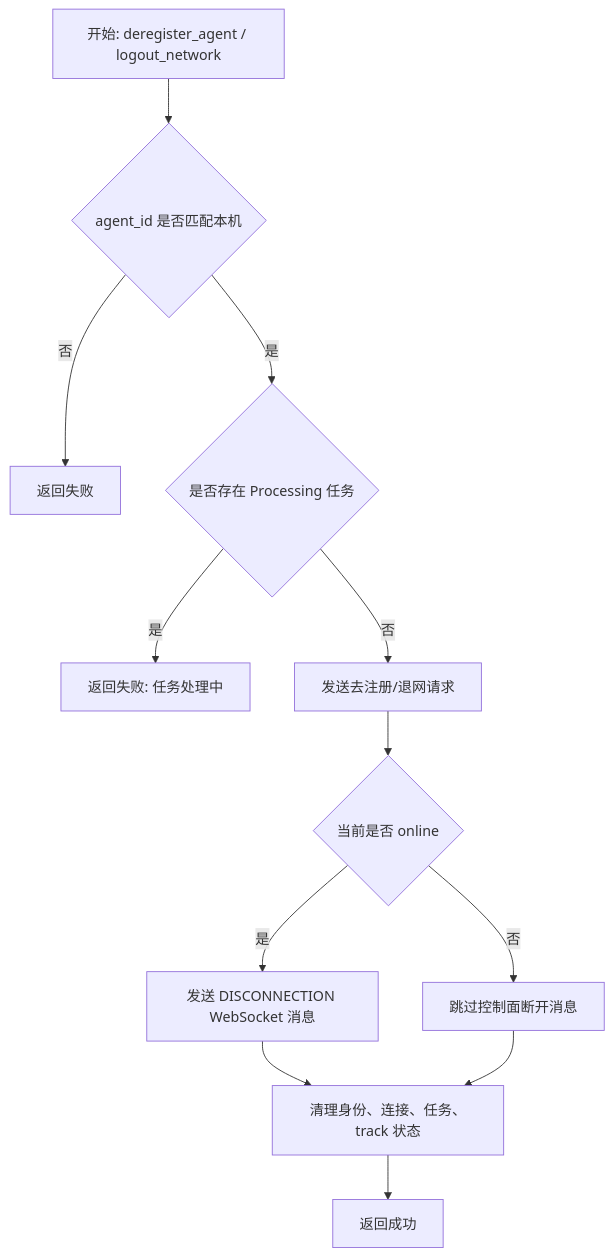
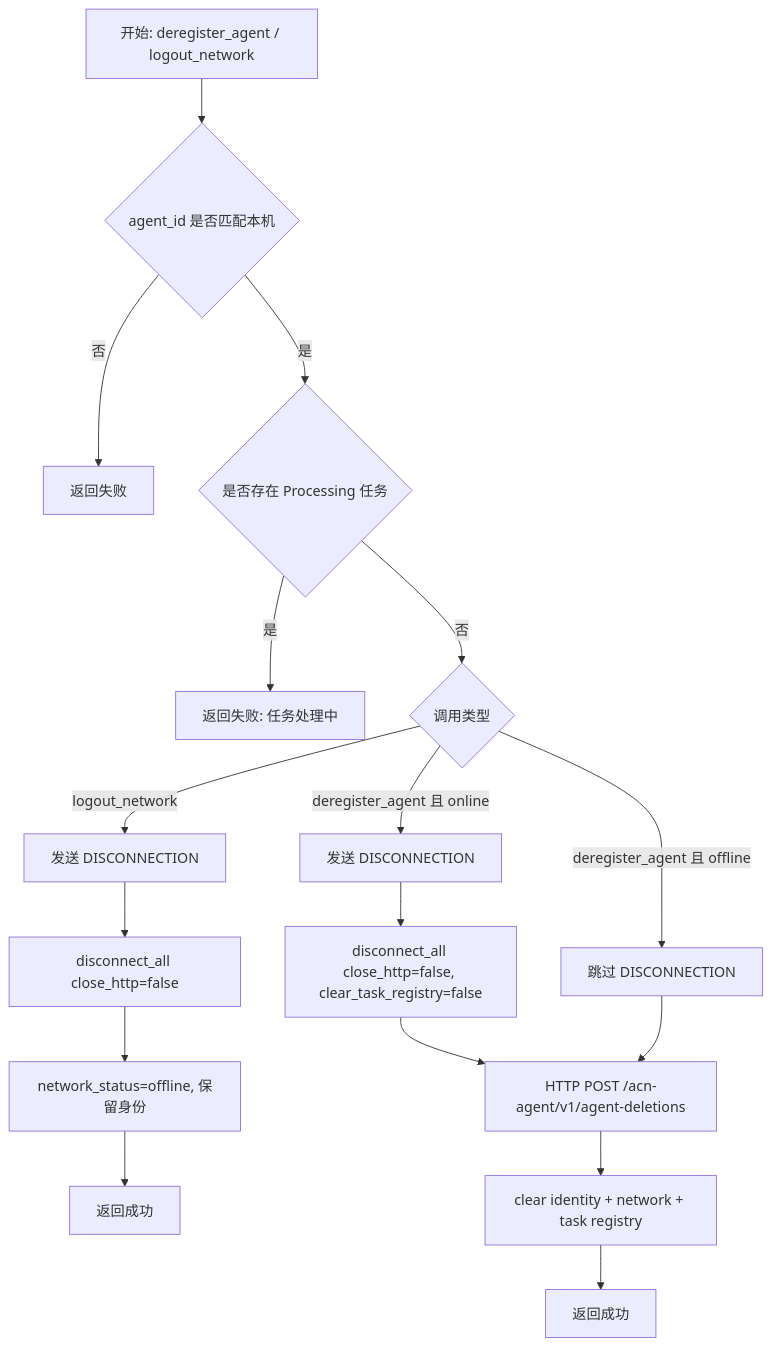
The seventh of 10 diagrams in docs/ACN_SDK_软件模块设计书.md (acore2026/acn_sdk), drawn with Mermaid before and after one commit. The commit also changed other lines of this file and 2 other files, not shown here.

````diff
--- a/docs/ACN_SDK_软件模块设计书.md
+++ b/docs/ACN_SDK_软件模块设计书.md
@@ -697,14 +733,19 @@
 ```mermaid
 flowchart TD
     A[开始: deregister_agent / logout_network] --> B{agent_id 是否匹配本机}
     B -- 否 --> X[返回失败]
     B -- 是 --> C{是否存在 Processing 任务}
     C -- 是 --> Y[返回失败: 任务处理中]
-    C -- 否 --> D[发送去注册/退网请求]
-    D --> E{当前是否 online}
-    E -- 是 --> F[发送 DISCONNECTION WebSocket 消息]
-    E -- 否 --> G[跳过控制面断开消息]
-    F --> H[清理身份、连接、任务、track 状态]
-    G --> H
-    H --> I[返回成功]
+    C -- 否 --> D{调用类型}
+    D -- logout_network --> E[发送 DISCONNECTION]
+    E --> F[disconnect_all close_http=false]
+    F --> G[network_status=offline, 保留身份]
+    G --> H[返回成功]
+    D -- deregister_agent 且 online --> I[发送 DISCONNECTION]
+    I --> J[disconnect_all close_http=false, clear_task_registry=false]
+    D -- deregister_agent 且 offline --> K[跳过 DISCONNECTION]
+    J --> L[HTTP POST /acn-agent/v1/agent-deletions]
+    K --> L
+    L --> M[clear identity + network + task registry]
+    M --> N[返回成功]
 ```
````
